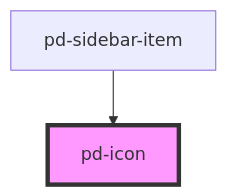
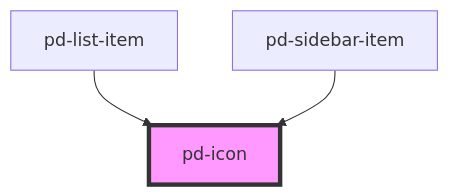
The diagram in src/components/icon/readme.md (Lambda-IT/parlamentsdienste-components), drawn with Mermaid before and after one commit. The commit also changed other lines of this file and 19 other files, not shown here.

Commit message:
added pd-list pd-list-item

````diff
--- a/src/components/icon/readme.md
+++ b/src/components/icon/readme.md
@@ -22,5 +24,6 @@
 ```mermaid
 graph TD;
+  pd-list-item --> pd-icon
   pd-sidebar-item --> pd-icon
   style pd-icon fill:#f9f,stroke:#333,stroke-width:4px
 ```
````
